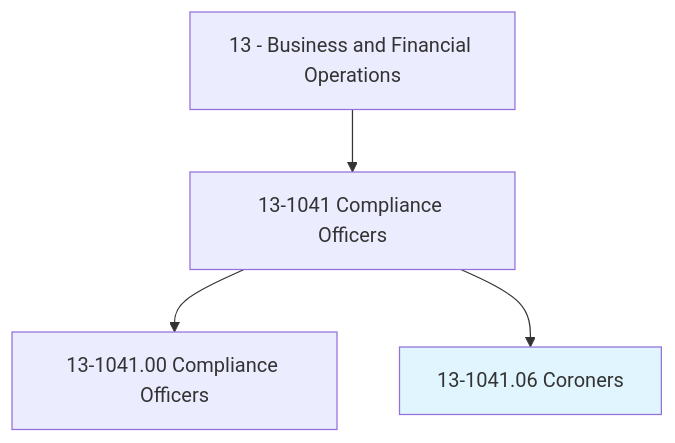
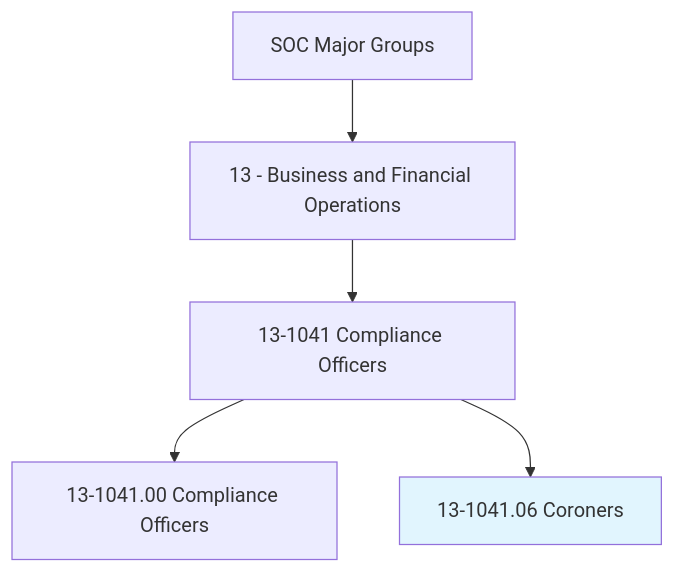
Before and after one commit to kziemski/business.org.ai: the first of 4 diagrams in occupations/Business/Coroners.mdx, drawn with Mermaid. The commit also changed other lines of this file and 938 other files, not shown here.

````diff
--- a/occupations/Business/Coroners.mdx
+++ b/occupations/Business/Coroners.mdx
@@ -19,7 +25,8 @@
 ```mermaid
 graph TD
-    Cat13["13 - Business and Financial Operations"] --> Group131041["13-1041 Compliance Officers"]
-    Group131041 --> Base["13-1041.00 Compliance Officers"]
-    Group131041 --> Current["13-1041.06 Coroners"]
+    SOC["SOC Major Groups"] --> Cat13["13 - Business and Financial Operations"]
+    Cat13 --> G131041["13-1041 Compliance Officers"]
+    G131041 --> Base["13-1041.00 Compliance Officers"]
+    G131041 --> Current["13-1041.06 Coroners"]
     style Current fill:#e1f5fe
 ```
````
